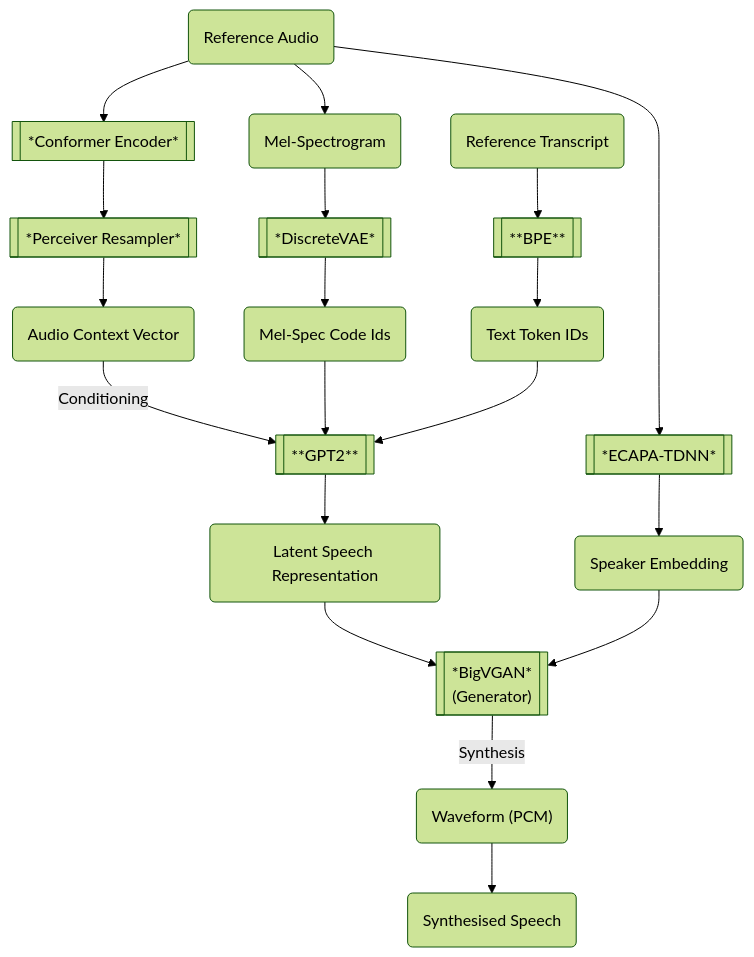
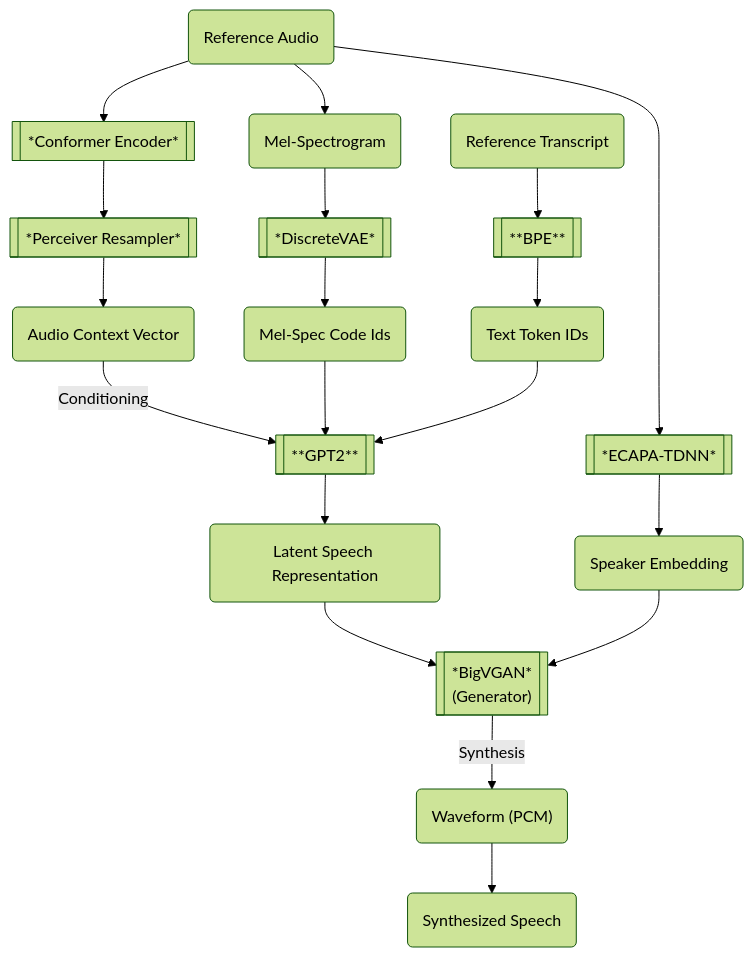
Before and after one commit to yrom/finetune-index-tts: the diagram in README.md, drawn with Mermaid (forest theme). The commit also changed 1 other file, not shown here.

Commit message:
Update notebook

````diff
--- a/README.md
+++ b/README.md
@@ -29,14 +29,14 @@
 ```mermaid
 flowchart TD
     D("Reference Transcript") -->BPE[[**BPE**]] --> T(Text Token IDs)
     A("Reference Audio") --> M(Mel-Spectrogram) --> VAE[[*DiscreteVAE*]]--> B(Mel-Spec Code Ids)
     A -->CE[[*Conformer Encoder*]] --> Pe[[*Perceiver Resampler*]] --> CA(Audio Context Vector) -->|Conditioning| C
     B --> C
     T --> C[[**GPT2**]]
     C --> L("Latent Speech Representation")
     L --> V[["*BigVGAN*
     (Generator)"]]
     A --> SP[[*ECAPA-TDNN*]]--> S(Speaker Embedding)
     S --> V
-    V -->|Synthesis| PCM("Waveform (PCM)") --> W("Synthesised Speech")
+    V -->|Synthesis| PCM("Waveform (PCM)") --> W("Synthesized Speech")
 ```
````
